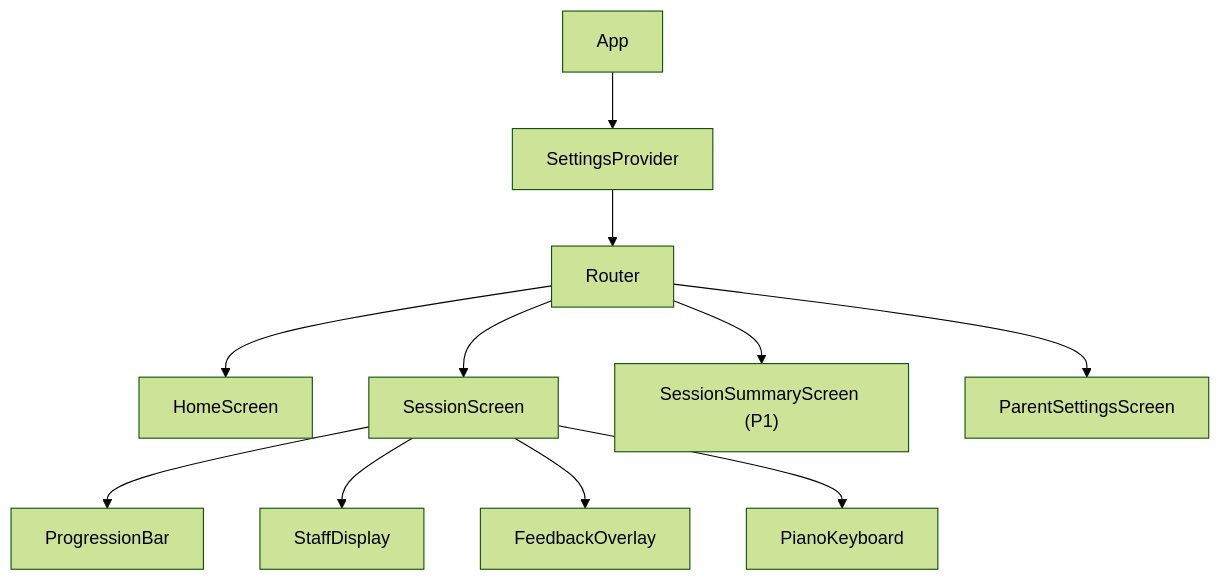
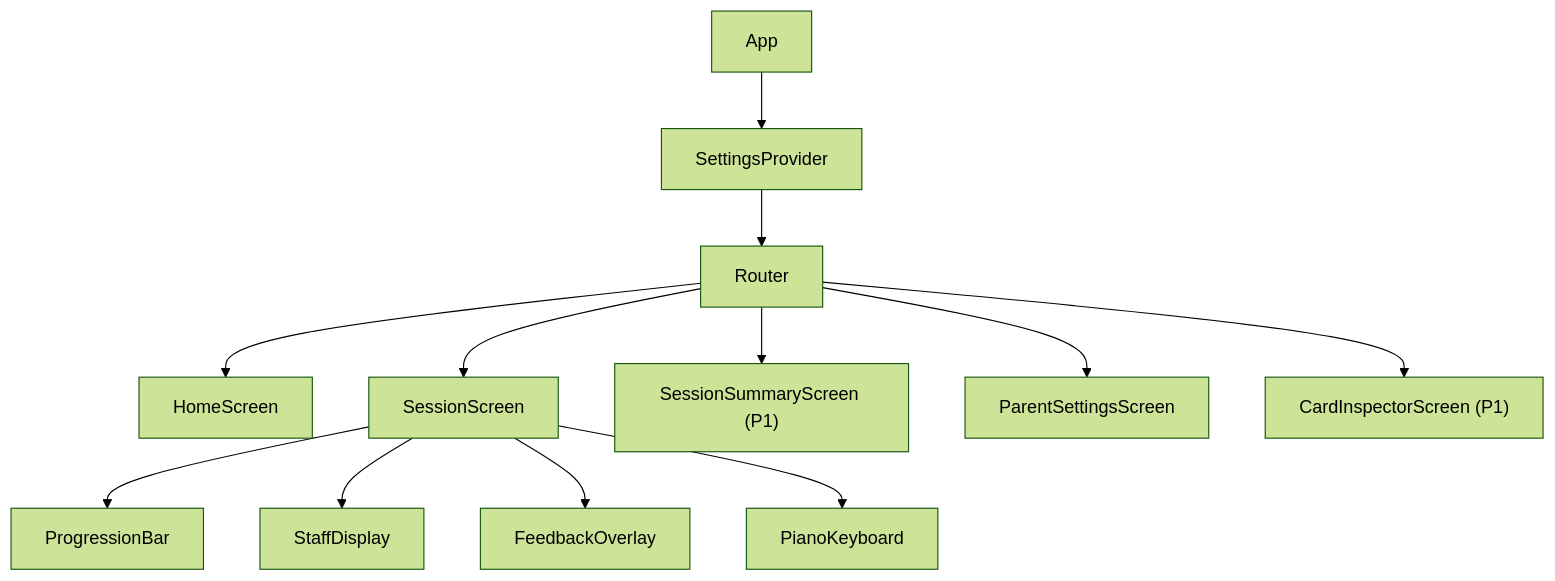
The second of 2 diagrams in docs/TDD.md (dpkay/vibeyond), drawn with Mermaid (forest theme) before and after one commit. The commit also changed other lines of this file and 66 other files, not shown here.

````diff
--- a/docs/TDD.md
+++ b/docs/TDD.md
@@ -56,13 +56,14 @@
 ```mermaid
 graph TD
     App --> SettingsProvider
     SettingsProvider --> Router
     Router --> HomeScreen
     Router --> SessionScreen
     Router --> SessionSummaryScreen["SessionSummaryScreen (P1)"]
     Router --> ParentSettingsScreen
+    Router --> CardInspectorScreen["CardInspectorScreen (P1)"]
     SessionScreen --> ProgressionBar
     SessionScreen --> StaffDisplay
     SessionScreen --> FeedbackOverlay
     SessionScreen --> PianoKeyboard
 ```
````
